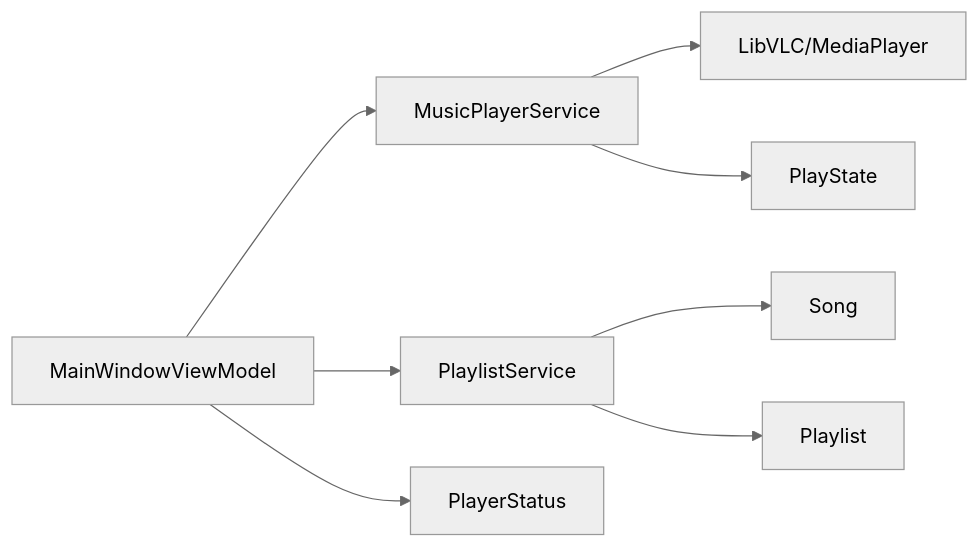
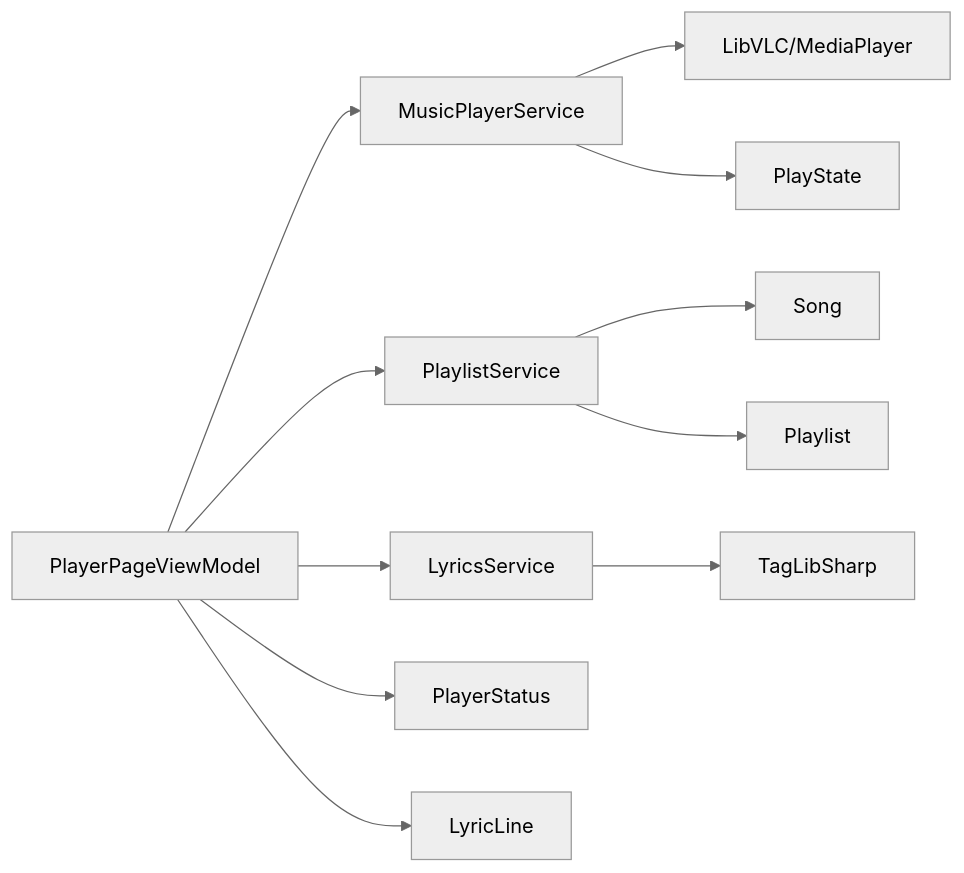
Before and after one commit to mariamjensen42-glitch/LocalMusicPlayer: diagram 12 of 12 in .qoder/repowiki/zh/content/核心服务层/音频播放服务.md, drawn with Mermaid (neutral theme). The commit also changed other lines of this file and 23 other files, not shown here.

````diff
--- a/.qoder/repowiki/zh/content/核心服务层/音频播放服务.md
+++ b/.qoder/repowiki/zh/content/核心服务层/音频播放服务.md
@@ -398,10 +500,13 @@
 ```mermaid
 graph LR
-VM["MainWindowViewModel"] --> MPS["MusicPlayerService"]
-VM --> PLS["PlaylistService"]
+PPVM["PlayerPageViewModel"] --> MPS["MusicPlayerService"]
+PPVM --> PLS["PlaylistService"]
+PPVM --> LS["LyricsService"]
 MPS --> VLC["LibVLC/MediaPlayer"]
+LS --> TL["TagLibSharp"]
 PLS --> SD["Song"]
 PLS --> PL["Playlist"]
 MPS --> PS["PlayState"]
-VM --> PT["PlayerStatus"]
+PPVM --> PT["PlayerStatus"]
+PPVM --> LL["LyricLine"]
 ```
````
